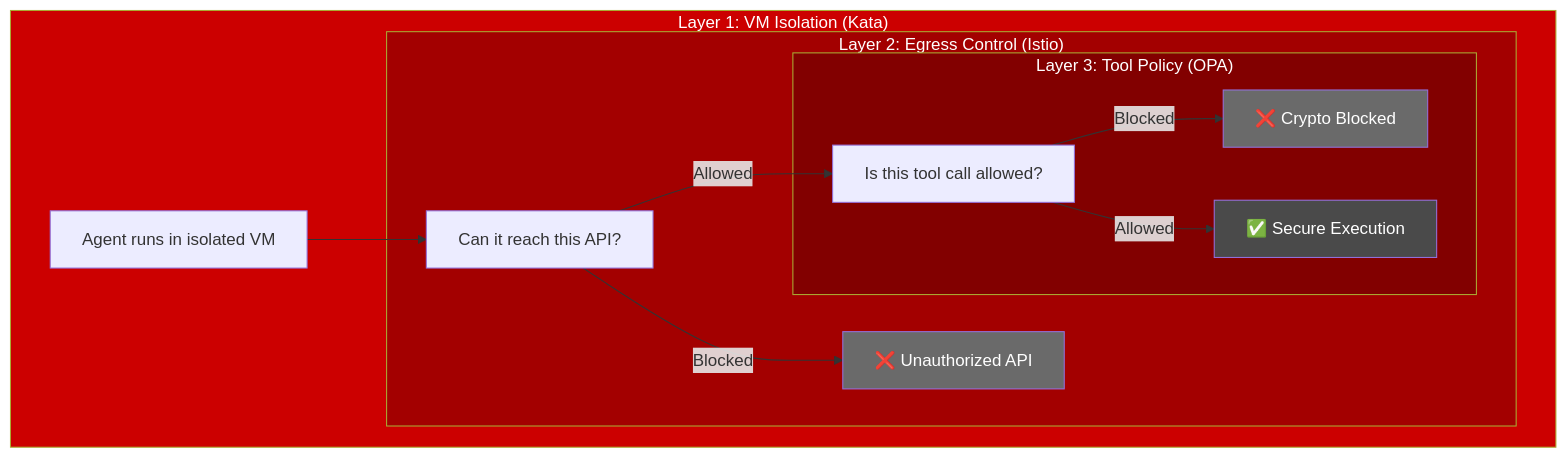
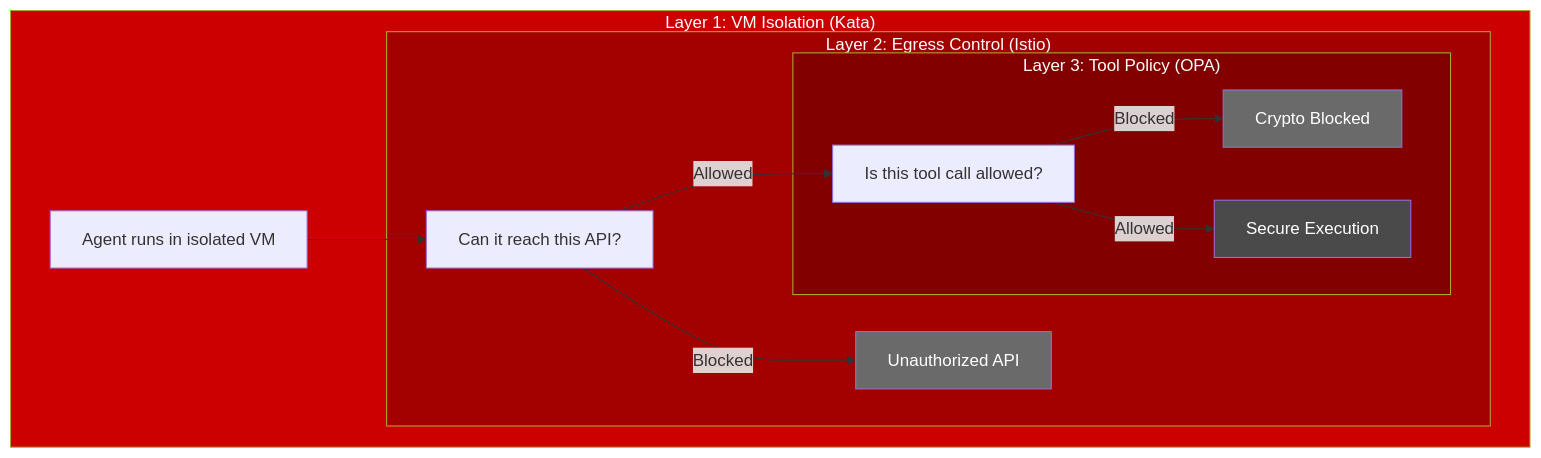
The first of 2 diagrams in docs/guides/demo-walkthrough.md (rrbanda/agent-sandbox-ocp), drawn with Mermaid before and after one commit. The commit also changed 23 other files, not shown here.

````diff
--- a/docs/guides/demo-walkthrough.md
+++ b/docs/guides/demo-walkthrough.md
@@ -21,26 +21,26 @@
 ```mermaid
 flowchart TD
     subgraph L1["Layer 1: VM Isolation (Kata)"]
         A["Agent runs in isolated VM"]
         A --> B
         
         subgraph L2["Layer 2: Egress Control (Istio)"]
             B["Can it reach this API?"]
-            B -->|Blocked| X2["❌ Unauthorized API"]
+            B -->|Blocked| X2[" Unauthorized API"]
             B -->|Allowed| C
             
             subgraph L3["Layer 3: Tool Policy (OPA)"]
                 C["Is this tool call allowed?"]
-                C -->|Blocked| X3["❌ Crypto Blocked"]
-                C -->|Allowed| D["✅ Secure Execution"]
+                C -->|Blocked| X3[" Crypto Blocked"]
+                C -->|Allowed| D[" Secure Execution"]
             end
         end
     end
     
     style L1 fill:#CC0000,color:#FFFFFF
     style L2 fill:#A30000,color:#FFFFFF
     style L3 fill:#820000,color:#FFFFFF
     style X2 fill:#6A6A6A,color:#FFFFFF
     style X3 fill:#6A6A6A,color:#FFFFFF
     style D fill:#4A4A4A,color:#FFFFFF
 ```
````
